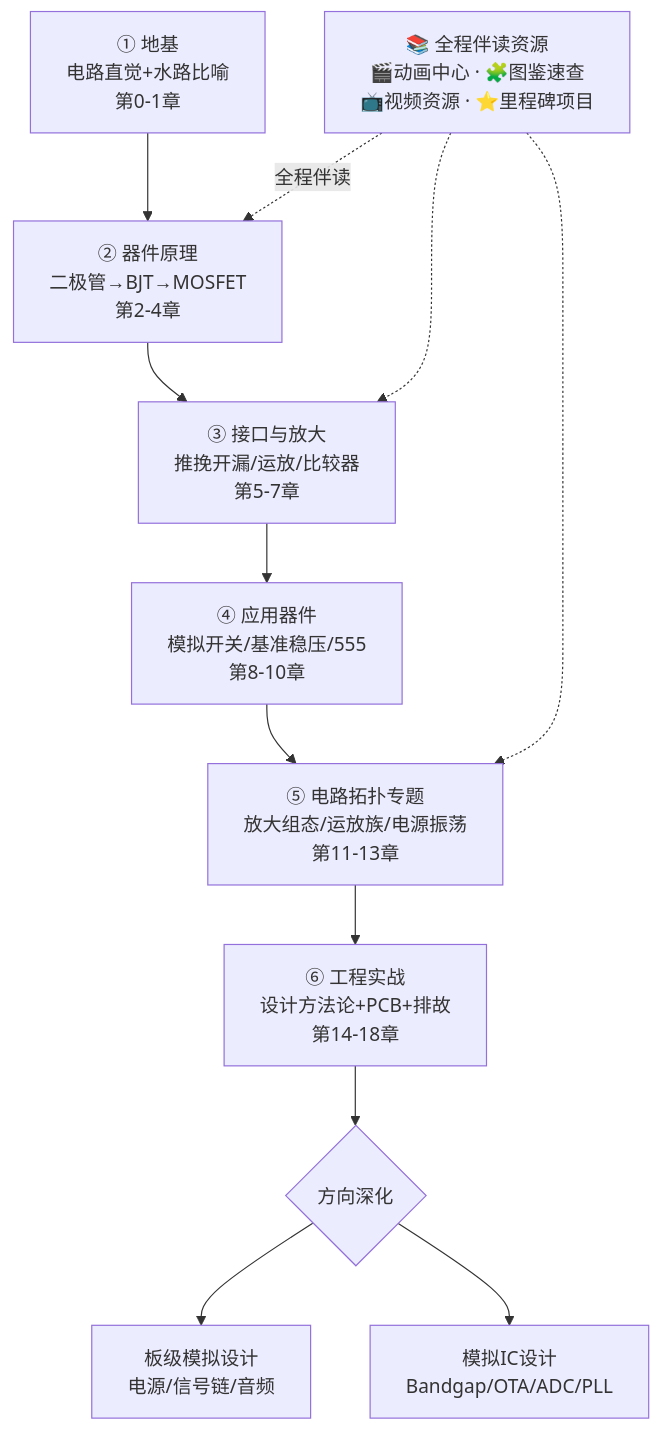
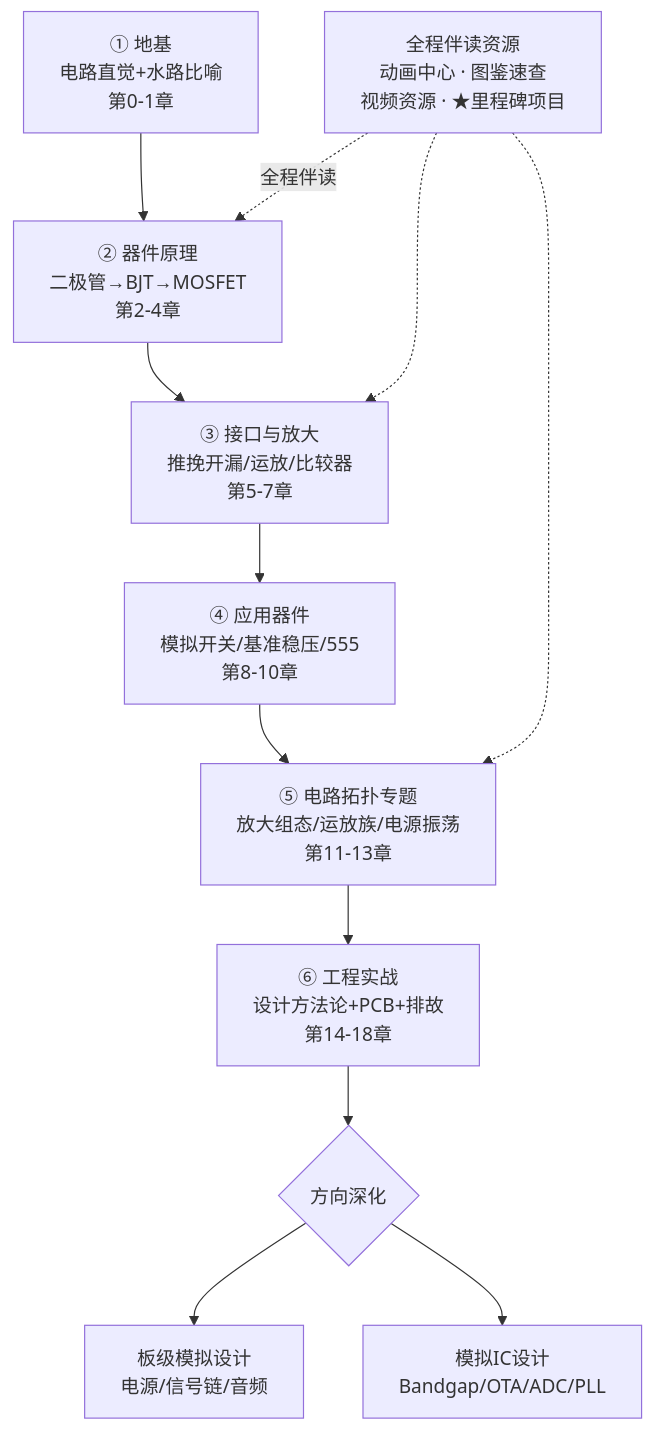
One commit to zhuguang-ZFG/analog-circuit-roadmap changed the diagram in docs/p0-06-roadmap.md. Above: the diagram before and after it, drawn with Mermaid. The commit also changed other lines of this file and 89 other files, not shown here.

````diff
--- a/docs/p0-06-roadmap.md
+++ b/docs/p0-06-roadmap.md
@@ -4,14 +6,14 @@
 ```mermaid
 graph TD
     A[① 地基<br/>电路直觉+水路比喻<br/>第0-1章] --> B[② 器件原理<br/>二极管→BJT→MOSFET<br/>第2-4章]
     B --> C[③ 接口与放大<br/>推挽开漏/运放/比较器<br/>第5-7章]
     C --> D[④ 应用器件<br/>模拟开关/基准稳压/555<br/>第8-10章]
     D --> E[⑤ 电路拓扑专题<br/>放大组态/运放族/电源振荡<br/>第11-13章]
     E --> F[⑥ 工程实战<br/>设计方法论+PCB+排故<br/>第14-18章]
     F --> G{方向深化}
     G --> H[板级模拟设计<br/>电源/信号链/音频]
     G --> I[模拟IC设计<br/>Bandgap/OTA/ADC/PLL]
-    R[📚 全程伴读资源<br/>🎬动画中心 · 🧩图鉴速查<br/>📺视频资源 · ⭐里程碑项目] -. "全程伴读" .-> B
+    R[全程伴读资源<br/>动画中心 · 图鉴速查<br/>视频资源 · ★里程碑项目] -. "全程伴读" .-> B
     R -.-> C
     R -.-> E
 ```
````
